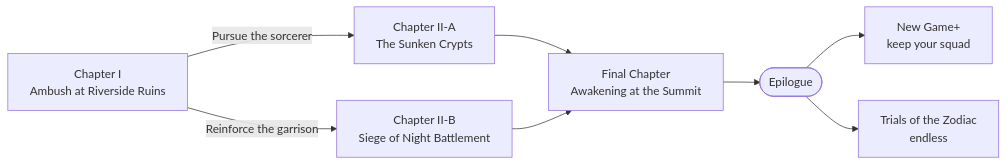
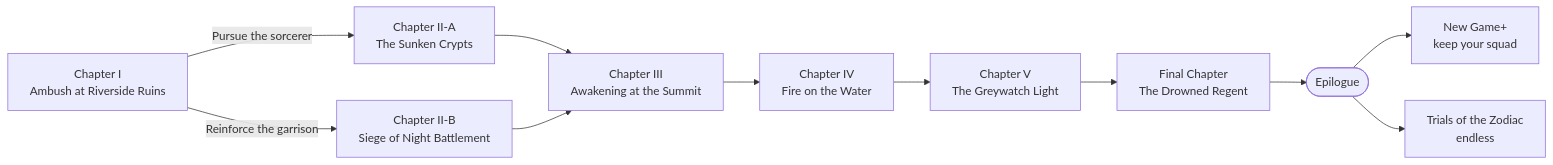
Before and after one commit to CptNope/Chess-RPG-Tactics: the third of 5 diagrams in docs/GAMEPLAY_GUIDE.md, drawn with Mermaid. The commit also changed other lines of this file and 29 other files, not shown here.

````diff
--- a/docs/GAMEPLAY_GUIDE.md
+++ b/docs/GAMEPLAY_GUIDE.md
@@ -72,10 +72,13 @@
 ```mermaid
 flowchart LR
     C1["Chapter I<br/>Ambush at Riverside Ruins"] -->|"Pursue the sorcerer"| C2a["Chapter II-A<br/>The Sunken Crypts"]
     C1 -->|"Reinforce the garrison"| C2b["Chapter II-B<br/>Siege of Night Battlement"]
-    C2a --> C3["Final Chapter<br/>Awakening at the Summit"]
+    C2a --> C3["Chapter III<br/>Awakening at the Summit"]
     C2b --> C3
-    C3 --> E(["Epilogue"])
+    C3 --> C4["Chapter IV<br/>Fire on the Water"]
+    C4 --> C5["Chapter V<br/>The Greywatch Light"]
+    C5 --> C6["Final Chapter<br/>The Drowned Regent"]
+    C6 --> E(["Epilogue"])
     E --> NG["New Game+<br/>keep your squad"]
     E --> TR["Trials of the Zodiac<br/>endless"]
 ```
````
